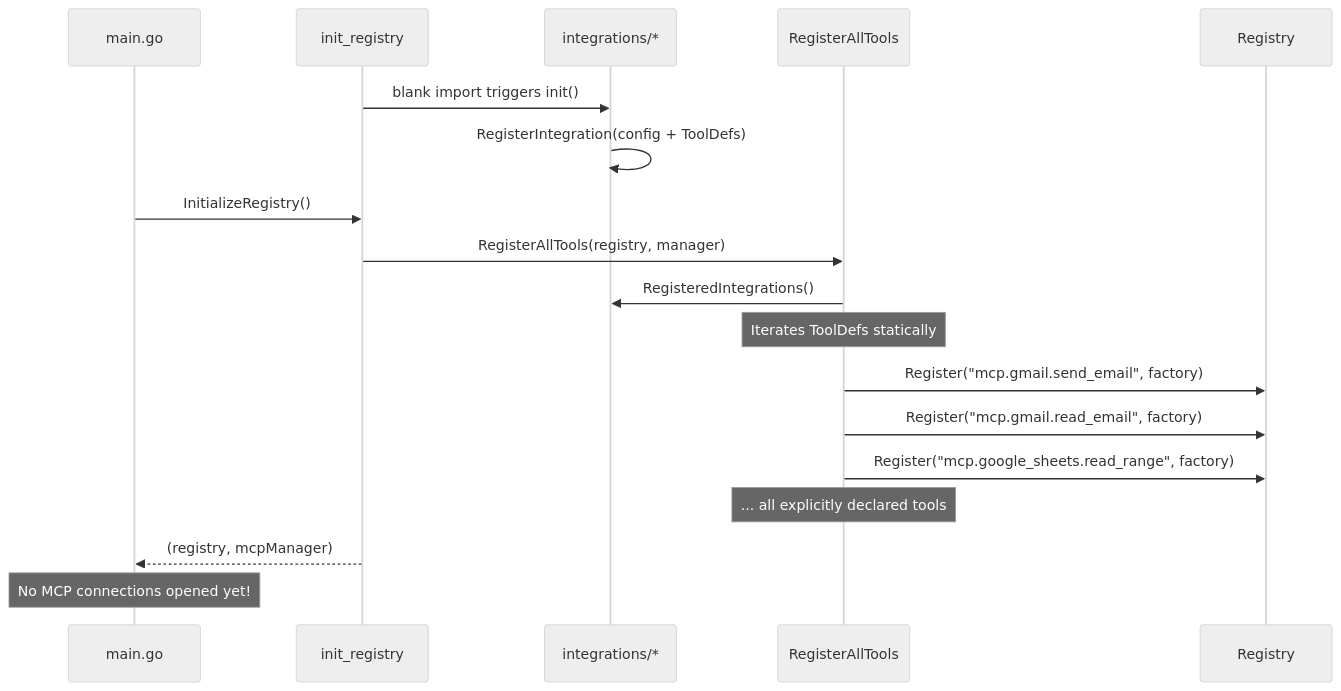
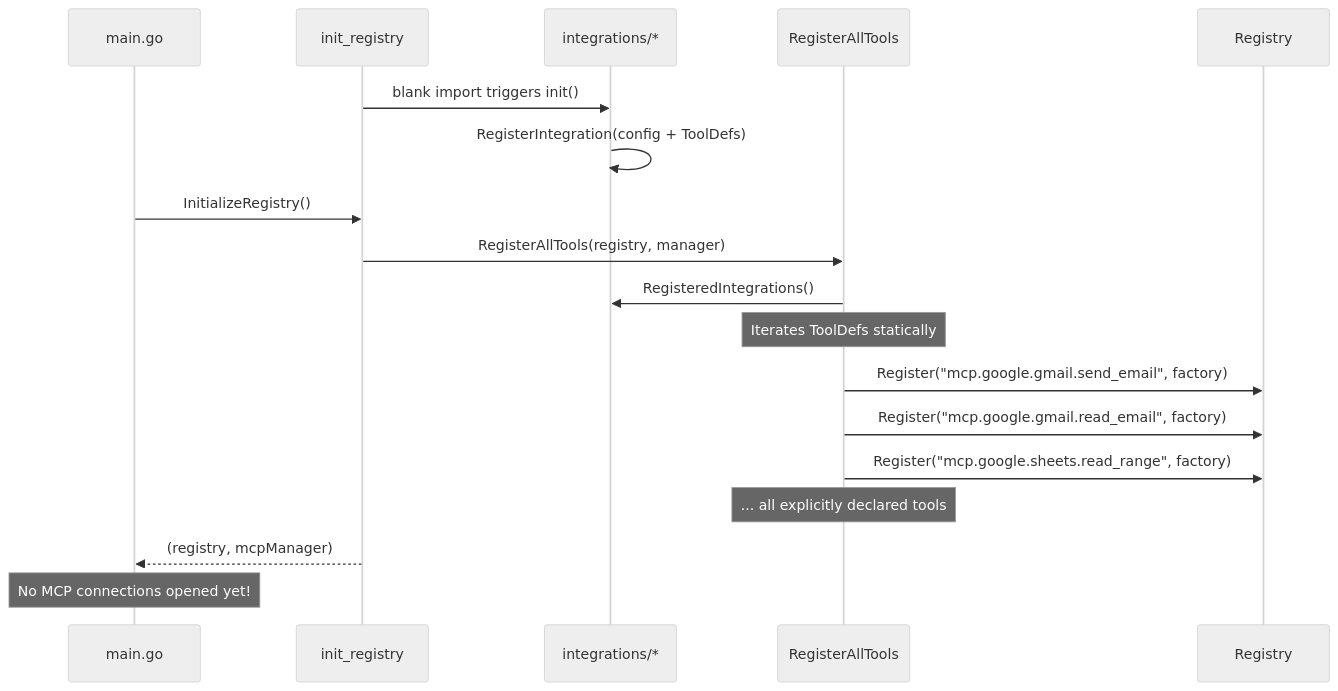
The second of 3 diagrams in services/rune-worker/pkg/mcp/README.md (rune-org/rune), drawn with Mermaid (neutral theme) before and after one commit. The commit also changed other lines of this file and 3 other files, not shown here.

````diff
--- a/services/rune-worker/pkg/mcp/README.md
+++ b/services/rune-worker/pkg/mcp/README.md
@@ -58,22 +56,22 @@
 ```mermaid
 sequenceDiagram
     participant main as main.go
     participant init as init_registry
     participant int as integrations/*
     participant fn as RegisterAllTools
     participant reg as Registry
 
     init->>int: blank import triggers init()
     int->>int: RegisterIntegration(config + ToolDefs)
 
     main->>init: InitializeRegistry()
     init->>fn: RegisterAllTools(registry, manager)
     fn->>int: RegisteredIntegrations()
     note over fn: Iterates ToolDefs statically
-    fn->>reg: Register("mcp.gmail.send_email", factory)
-    fn->>reg: Register("mcp.gmail.read_email", factory)
-    fn->>reg: Register("mcp.google_sheets.read_range", factory)
+    fn->>reg: Register("mcp.google.gmail.send_email", factory)
+    fn->>reg: Register("mcp.google.gmail.read_email", factory)
+    fn->>reg: Register("mcp.google.sheets.read_range", factory)
     note over fn: ... all explicitly declared tools
     init-->>main: (registry, mcpManager)
     note over main: No MCP connections opened yet!
 ```
````
